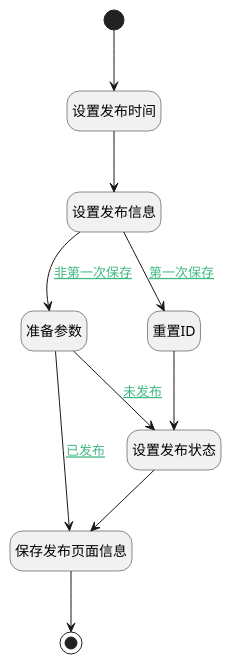
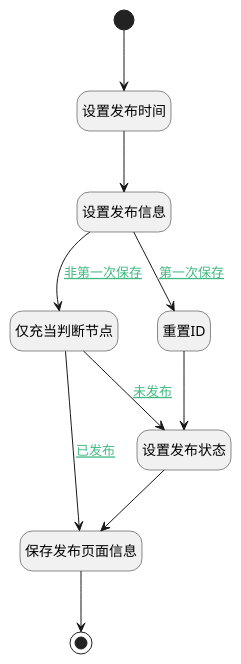
One commit to iBizLab/plm changed the diagram in doc/docsify/module/Wiki/article_page/logic/publish_page.md. Above: the diagram before and after it, drawn with PlantUML. The commit also changed other lines of this file and 1778 other files, not shown here.

````diff
--- a/doc/docsify/module/Wiki/article_page/logic/publish_page.md
+++ b/doc/docsify/module/Wiki/article_page/logic/publish_page.md
@@ -7,33 +7,33 @@
 ```plantuml
 @startuml
 hide empty description
 <style>
 root {
   HyperlinkColor #42b983
 }
 </style>
 
 hide empty description
 state "开始" as Begin <<start>> [[$./publish_page#begin {"开始"}]]
 state "设置发布信息" as PREPAREPARAM1  [[$./publish_page#prepareparam1 {"设置发布信息"}]]
-state "准备参数" as PREPAREPARAM5  [[$./publish_page#prepareparam5 {"准备参数"}]]
+state "仅充当判断节点" as PREPAREPARAM5  [[$./publish_page#prepareparam5 {"仅充当判断节点"}]]
 state "设置发布时间" as RAWSFCODE1  [[$./publish_page#rawsfcode1 {"设置发布时间"}]]
 state "重置ID" as PREPAREPARAM4  [[$./publish_page#prepareparam4 {"重置ID"}]]
 state "设置发布状态" as PREPAREPARAM2  [[$./publish_page#prepareparam2 {"设置发布状态"}]]
 state "保存发布页面信息" as DEACTION2  [[$./publish_page#deaction2 {"保存发布页面信息"}]]
 state "结束" as END2 <<end>> [[$./publish_page#end2 {"结束"}]]
 
 
 Begin --> RAWSFCODE1
 RAWSFCODE1 --> PREPAREPARAM1
 PREPAREPARAM1 --> PREPAREPARAM4 : [[$./publish_page#prepareparam1-prepareparam4{第一次保存} 第一次保存]]
 PREPAREPARAM4 --> PREPAREPARAM2
 PREPAREPARAM2 --> DEACTION2
 DEACTION2 --> END2
 PREPAREPARAM1 --> PREPAREPARAM5 : [[$./publish_page#prepareparam1-prepareparam5{非第一次保存} 非第一次保存]]
 PREPAREPARAM5 --> DEACTION2 : [[$./publish_page#prepareparam5-deaction2{已发布} 已发布]]
 PREPAREPARAM5 --> PREPAREPARAM2 : [[$./publish_page#prepareparam5-prepareparam2{未发布} 未发布]]
 
 
 @enduml
 ```
````
